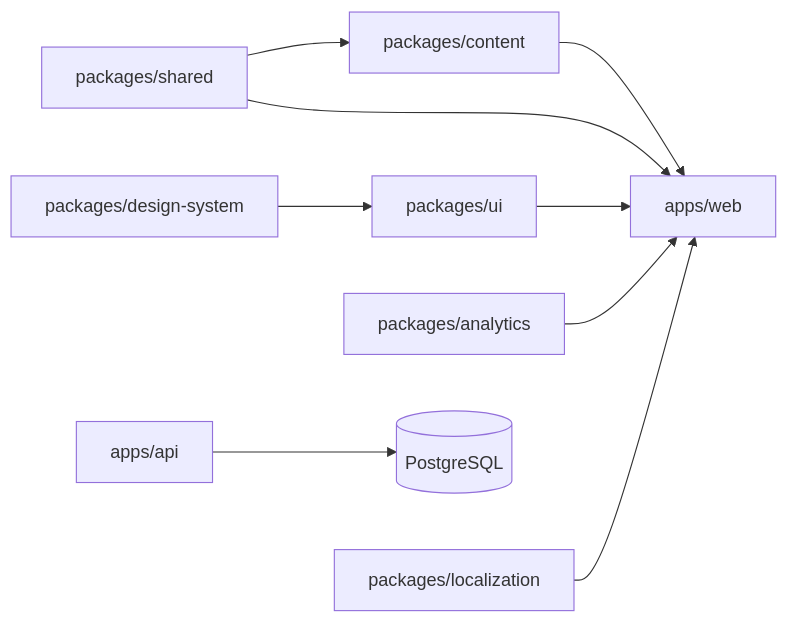
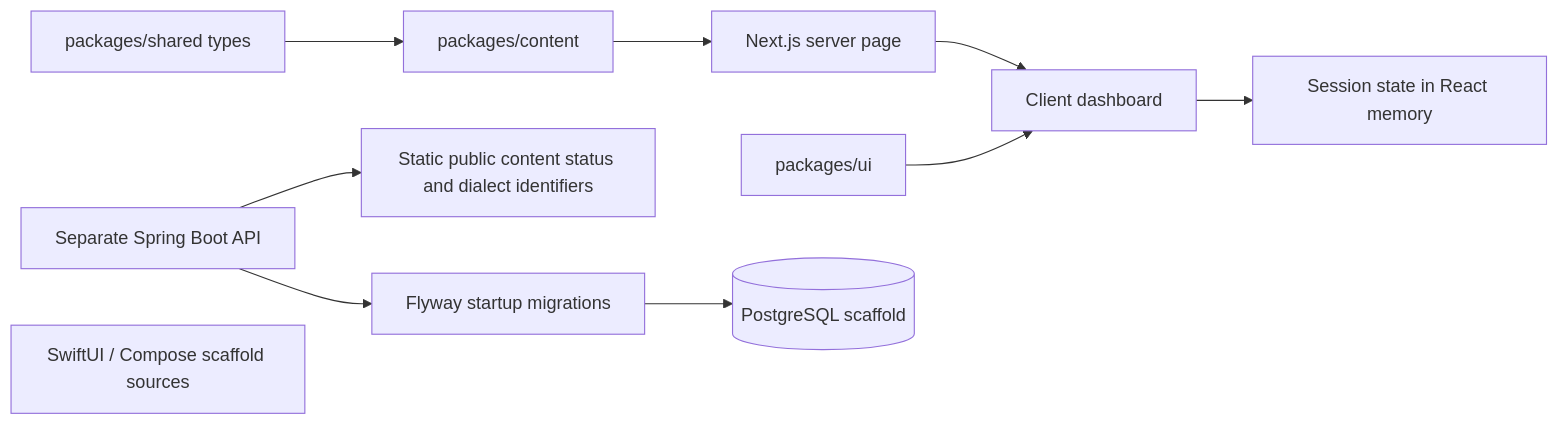
The diagram in docs/architecture.md (grantmaye/acento), drawn with Mermaid before and after one commit. The commit also changed other lines of this file and 23 other files, not shown here.

````diff
--- a/docs/architecture.md
+++ b/docs/architecture.md
@@ -7,11 +7,12 @@
 ```mermaid
 flowchart LR
-    Content[packages/content] --> Web[apps/web]
-    Shared[packages/shared] --> Content
-    Shared --> Web
+    Content[packages/content] --> Page[Next.js server page]
+    Shared[packages/shared types] --> Content
+    Page --> Web[Client dashboard]
     UI[packages/ui] --> Web
-    Design[packages/design-system] --> UI
-    Analytics[packages/analytics] --> Web
-    Localization[packages/localization] --> Web
-    API[apps/api] --> DB[(PostgreSQL)]
+    Web --> Memory[Session state in React memory]
+    API[Separate Spring Boot API] --> Public[Static public content status and dialect identifiers]
+    API --> Flyway[Flyway startup migrations]
+    Flyway --> DB[(PostgreSQL scaffold)]
+    Native[SwiftUI / Compose scaffold sources]
 ```
````
